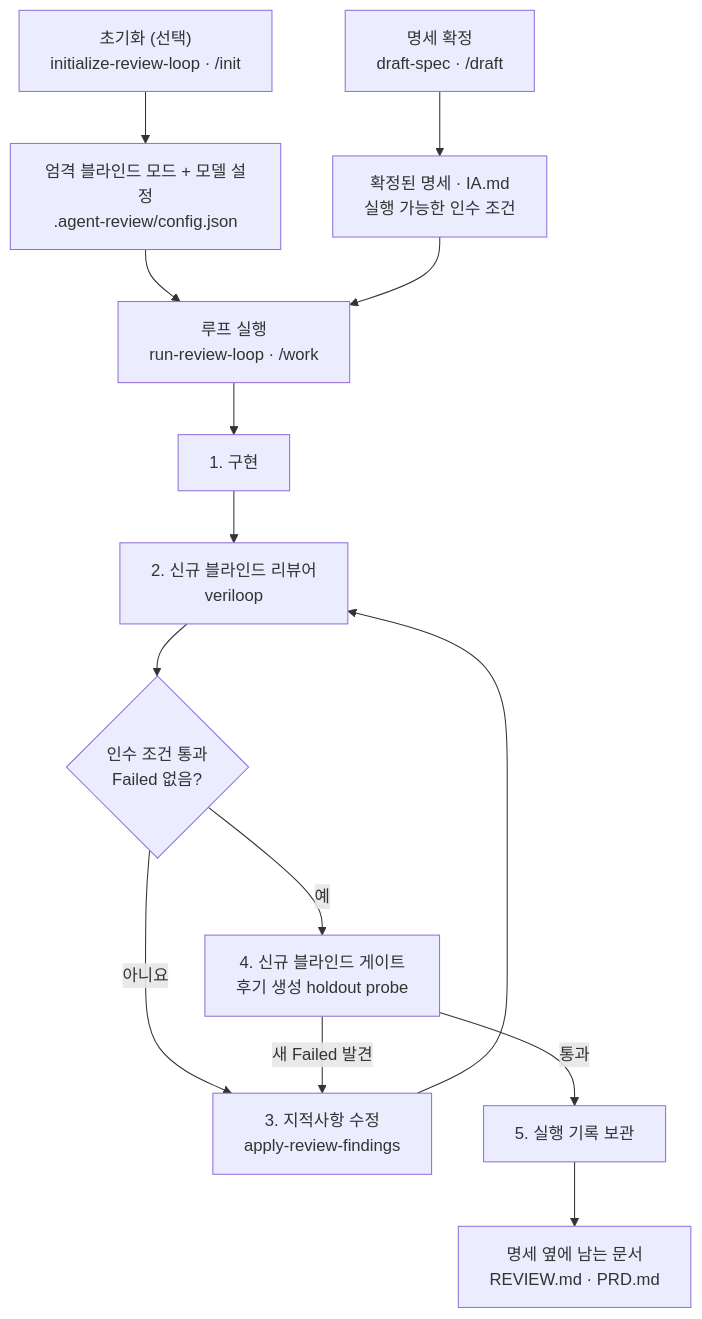
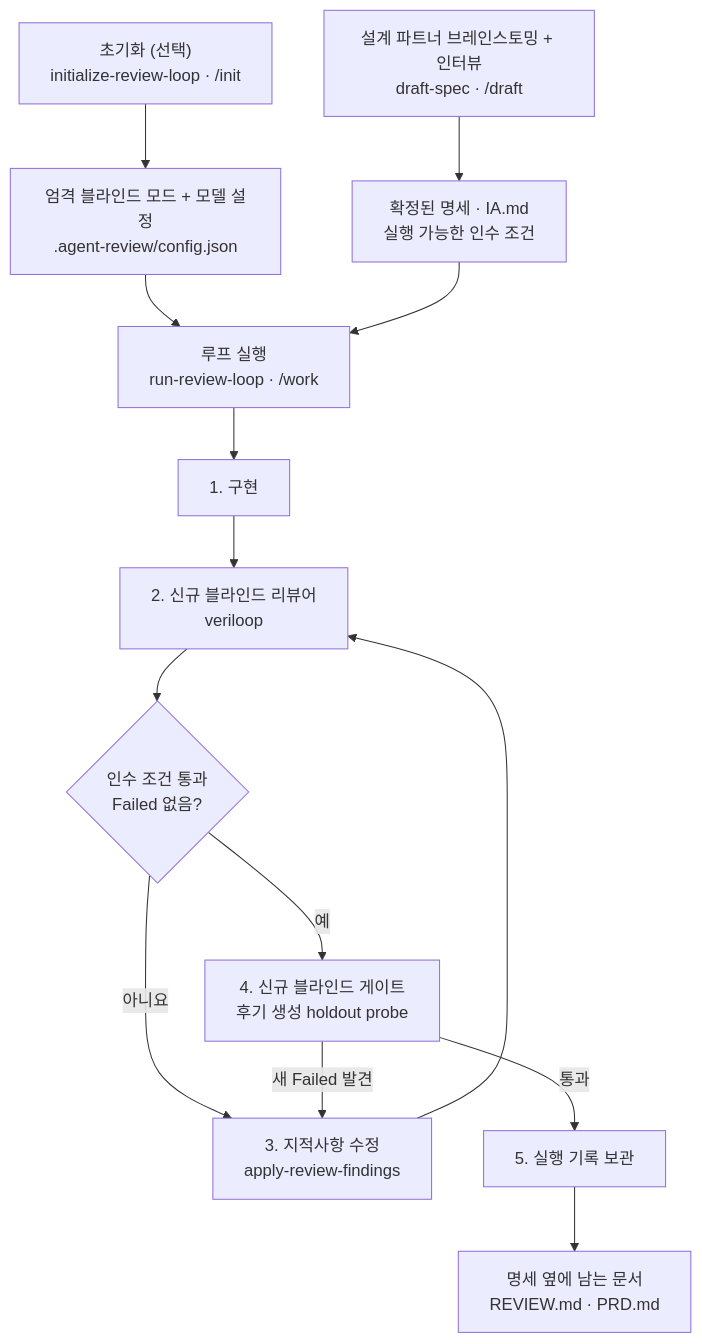
Before and after one commit to dev-geon/veriloop: the diagram in README.ko.md, drawn with Mermaid. The commit also changed other lines of this file and 10 other files, not shown here.

````diff
--- a/README.ko.md
+++ b/README.ko.md
@@ -107,16 +120,16 @@
 ```mermaid
 flowchart TD
     Init["초기화 (선택)<br/>initialize-review-loop · /init"] --> State["엄격 블라인드 모드 + 모델 설정<br/>.agent-review/config.json"]
-    Draft["명세 확정<br/>draft-spec · /draft"] --> Spec["확정된 명세 · IA.md<br/>실행 가능한 인수 조건"]
+    Draft["설계 파트너 브레인스토밍 + 인터뷰<br/>draft-spec · /draft"] --> Spec["확정된 명세 · IA.md<br/>실행 가능한 인수 조건"]
     State --> Run["루프 실행<br/>run-review-loop · /work"]
     Spec --> Run
     Run --> Develop["1. 구현"]
     Develop --> Review["2. 신규 블라인드 리뷰어<br/>veriloop"]
     Review --> Decision{"인수 조건 통과<br/>Failed 없음?"}
     Decision -- "아니요" --> Fix["3. 지적사항 수정<br/>apply-review-findings"]
     Fix --> Review
     Decision -- "예" --> Gate["4. 신규 블라인드 게이트<br/>후기 생성 holdout probe"]
     Gate -- "새 Failed 발견" --> Fix
     Gate -- "통과" --> Archive["5. 실행 기록 보관"]
     Archive --> Docs["명세 옆에 남는 문서<br/>REVIEW.md · PRD.md"]
 ```
````
